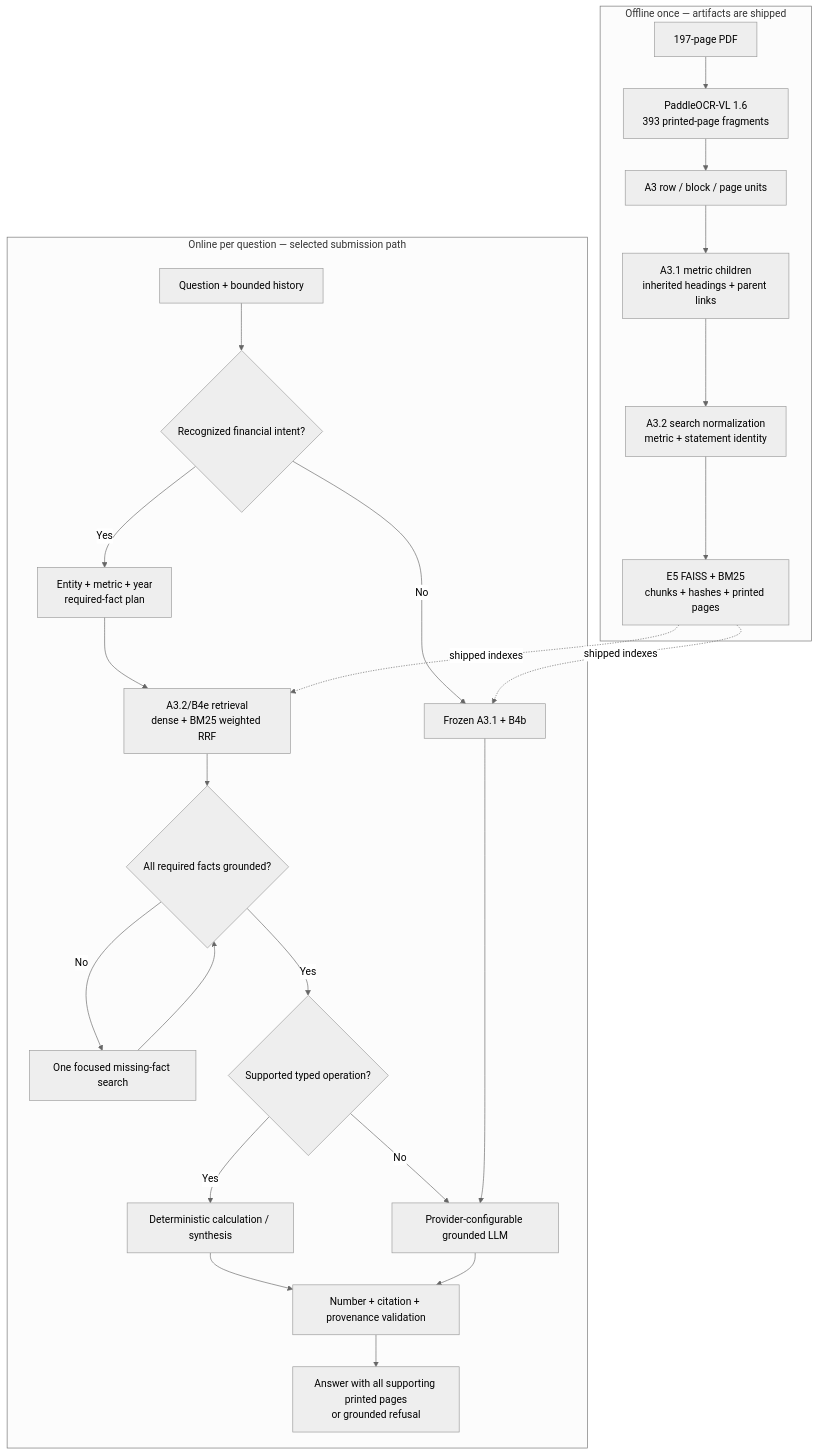
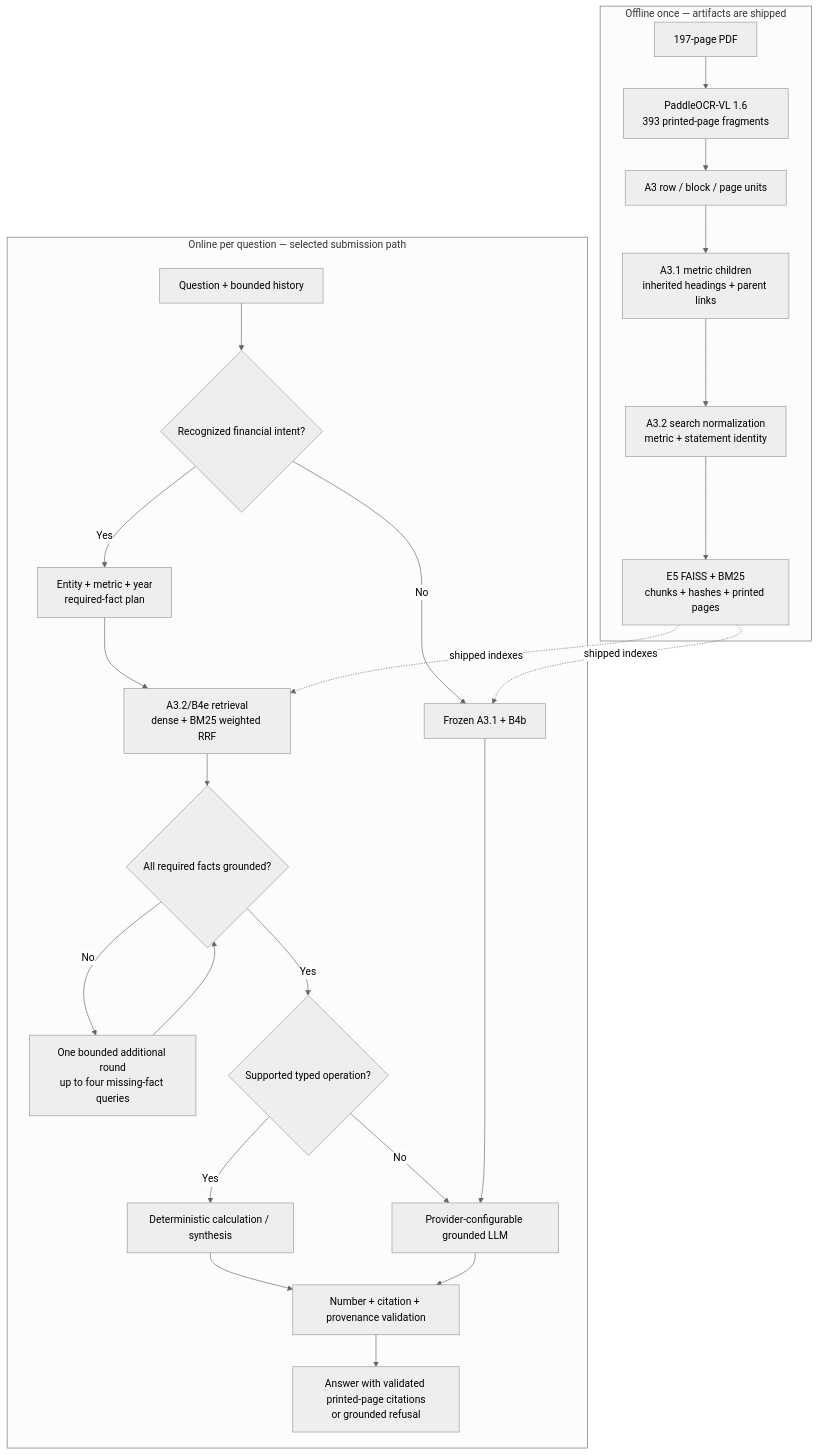
One commit to wakeupat4am/AI-Assessment-Test changed the diagram in README.md. Above: the diagram before and after it, drawn with Mermaid (neutral theme). The commit also changed other lines of this file and 8 other files, not shown here.

````diff
--- a/README.md
+++ b/README.md
@@ -75,30 +75,30 @@
 ```mermaid
 flowchart TD
     subgraph Offline["Offline once — artifacts are shipped"]
         PDF["197-page PDF"] --> OCR["PaddleOCR-VL 1.6<br/>393 printed-page fragments"]
         OCR --> A3["A3 row / block / page units"]
         A3 --> A31["A3.1 metric children<br/>inherited headings + parent links"]
         A31 --> A32["A3.2 search normalization<br/>metric + statement identity"]
         A32 --> ART["E5 FAISS + BM25<br/>chunks + hashes + printed pages"]
     end
 
     subgraph Online["Online per question — selected submission path"]
         Q["Question + bounded history"] --> PLAN{"Recognized financial intent?"}
         PLAN -- "No" --> FROZEN["Frozen A3.1 + B4b"]
         PLAN -- "Yes" --> SCHEMA["Entity + metric + year<br/>required-fact plan"]
         SCHEMA --> RET["A3.2/B4e retrieval<br/>dense + BM25 weighted RRF"]
         RET --> ENOUGH{"All required facts grounded?"}
-        ENOUGH -- "No" --> FOLLOW["One focused missing-fact search"]
+        ENOUGH -- "No" --> FOLLOW["One bounded additional round<br/>up to four missing-fact queries"]
         FOLLOW --> ENOUGH
         ENOUGH -- "Yes" --> CALC{"Supported typed operation?"}
         CALC -- "Yes" --> SYN["Deterministic calculation / synthesis"]
         CALC -- "No" --> LLM["Provider-configurable grounded LLM"]
         FROZEN --> LLM
         SYN --> VALID["Number + citation + provenance validation"]
         LLM --> VALID
-        VALID --> OUT["Answer with all supporting printed pages<br/>or grounded refusal"]
+        VALID --> OUT["Answer with validated printed-page citations<br/>or grounded refusal"]
     end
 
     ART -. "shipped indexes" .-> FROZEN
     ART -. "shipped indexes" .-> RET
 ```
````
